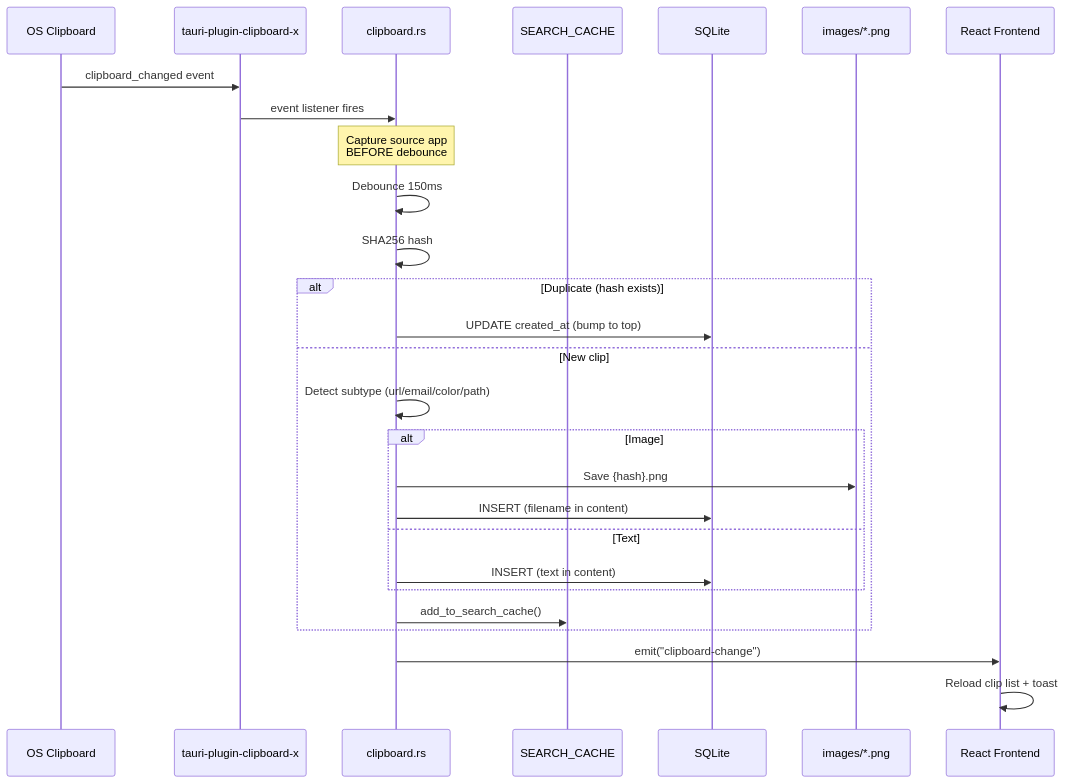
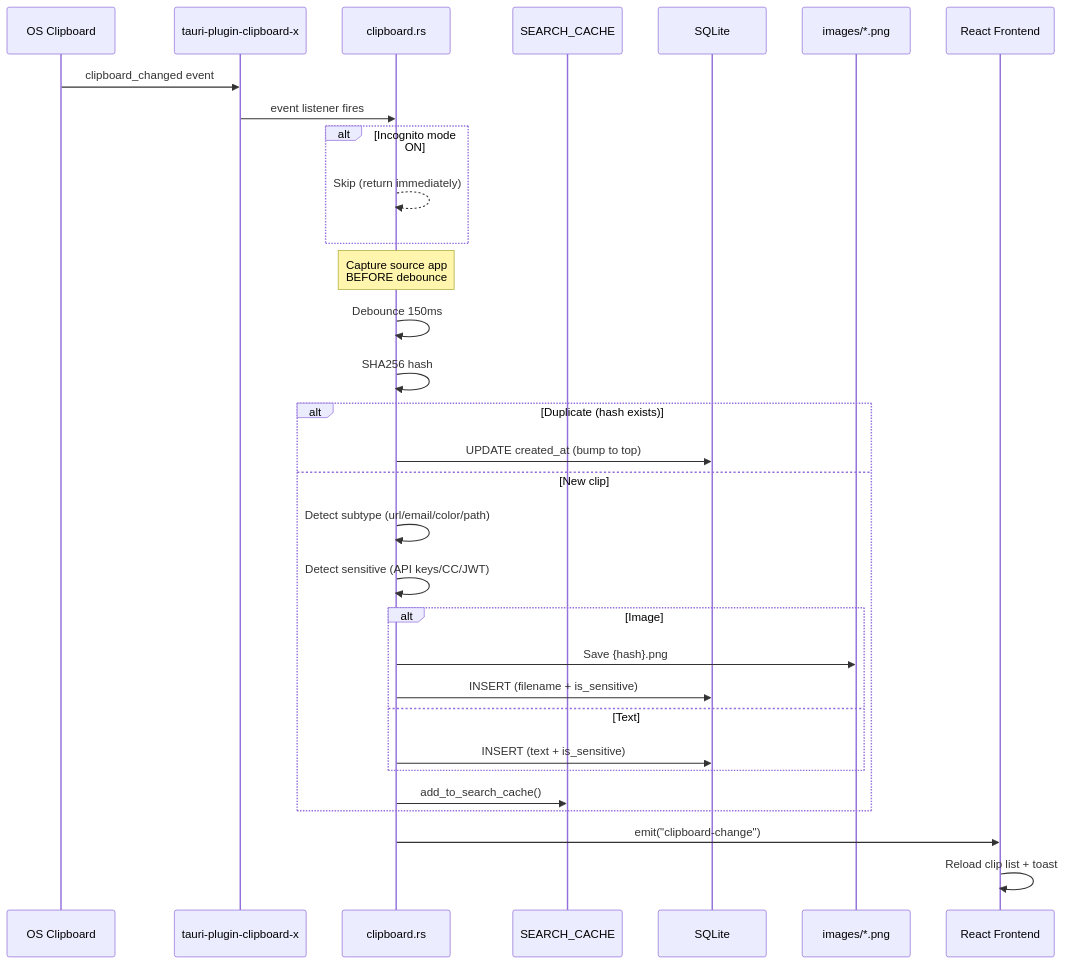
Before and after one commit to Phieu-Tran/ClipPaste: the second of 3 diagrams in README.md, drawn with Mermaid. The commit also changed other lines of this file and 35 other files, not shown here.

````diff
--- a/README.md
+++ b/README.md
@@ -190,32 +195,38 @@
 ```mermaid
 sequenceDiagram
     participant OS as OS Clipboard
     participant Plugin as tauri-plugin-clipboard-x
     participant Monitor as clipboard.rs
     participant Cache as SEARCH_CACHE
     participant DB as SQLite
     participant Disk as images/*.png
     participant UI as React Frontend
 
     OS->>Plugin: clipboard_changed event
     Plugin->>Monitor: event listener fires
+
+    alt Incognito mode ON
+        Monitor-->>Monitor: Skip (return immediately)
+    end
+
     Note over Monitor: Capture source app<br/>BEFORE debounce
     Monitor->>Monitor: Debounce 150ms
     Monitor->>Monitor: SHA256 hash
 
     alt Duplicate (hash exists)
         Monitor->>DB: UPDATE created_at (bump to top)
     else New clip
         Monitor->>Monitor: Detect subtype (url/email/color/path)
+        Monitor->>Monitor: Detect sensitive (API keys/CC/JWT)
         alt Image
             Monitor->>Disk: Save {hash}.png
-            Monitor->>DB: INSERT (filename in content)
+            Monitor->>DB: INSERT (filename + is_sensitive)
         else Text
-            Monitor->>DB: INSERT (text in content)
+            Monitor->>DB: INSERT (text + is_sensitive)
         end
         Monitor->>Cache: add_to_search_cache()
     end
 
     Monitor->>UI: emit("clipboard-change")
     UI->>UI: Reload clip list + toast
 ```
````
